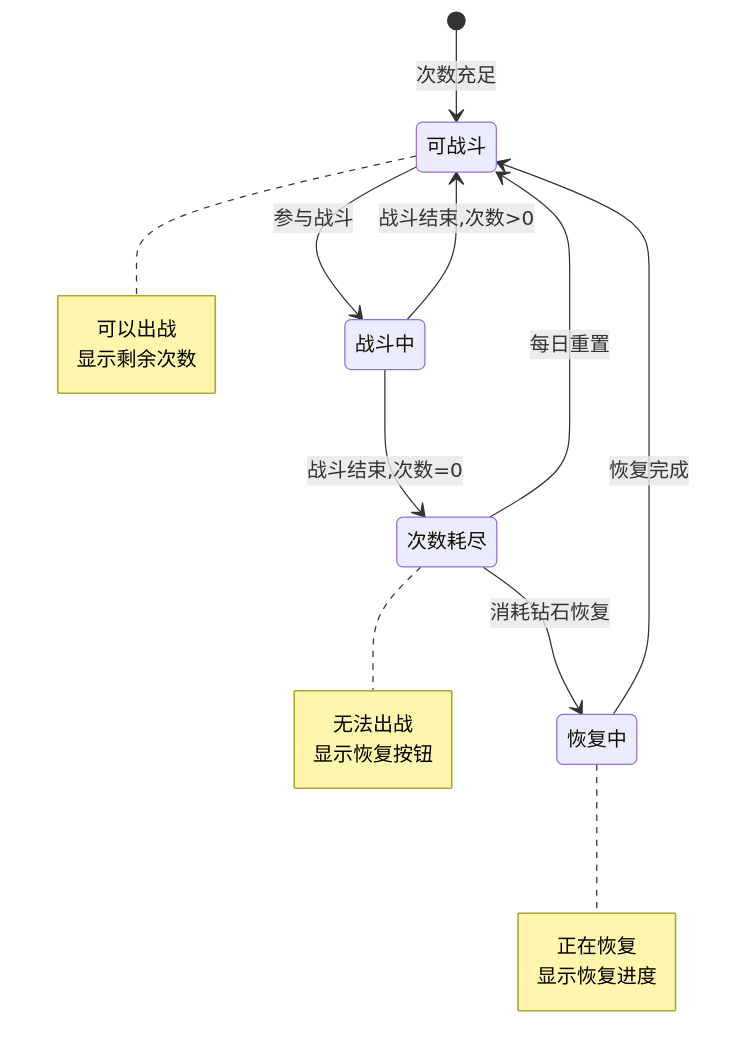
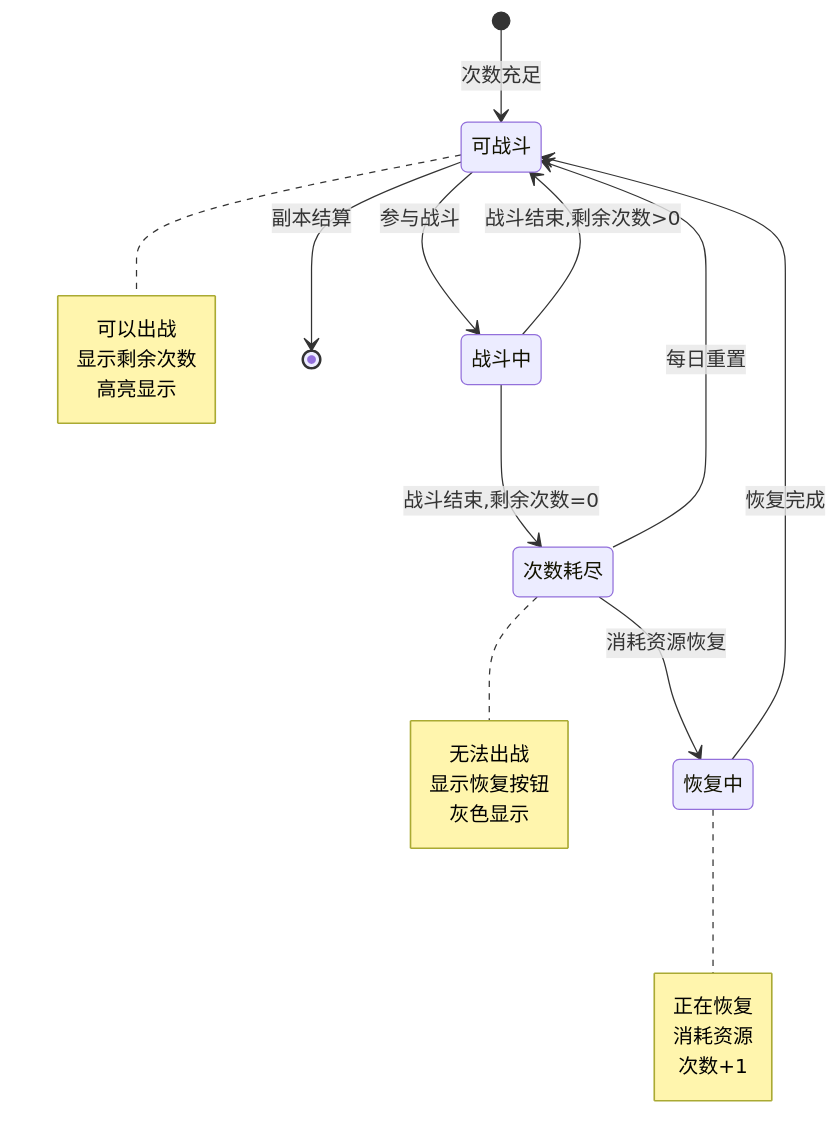
Before and after one commit to Alan-Ben/k2c_game_framework: the third of 5 diagrams in docs/Module_GuildDungeon/06_实现细节.md, drawn with Mermaid. The commit also changed other lines of this file and 1 other file, not shown here.

Commit message:
docs: 深度完善 GuildDungeon 模块文档（完整字段、流程图、代码示例）

````diff
--- a/docs/Module_GuildDungeon/06_实现细节.md
+++ b/docs/Module_GuildDungeon/06_实现细节.md
@@ -133,25 +122,29 @@
 ```mermaid
 stateDiagram-v2
     [*] --> 可战斗: 次数充足
     可战斗 --> 战斗中: 参与战斗
-    战斗中 --> 可战斗: 战斗结束,次数>0
-    战斗中 --> 次数耗尽: 战斗结束,次数=0
-    次数耗尽 --> 恢复中: 消耗钻石恢复
+    战斗中 --> 可战斗: 战斗结束,剩余次数>0
+    战斗中 --> 次数耗尽: 战斗结束,剩余次数=0
+    次数耗尽 --> 恢复中: 消耗资源恢复
     恢复中 --> 可战斗: 恢复完成
     次数耗尽 --> 可战斗: 每日重置
+    可战斗 --> [*]: 副本结算
 
     note right of 可战斗
         可以出战
         显示剩余次数
+        高亮显示
     end note
 
     note right of 次数耗尽
         无法出战
         显示恢复按钮
+        灰色显示
     end note
 
     note right of 恢复中
         正在恢复
-        显示恢复进度
+        消耗资源
+        次数+1
     end note
 ```
````
